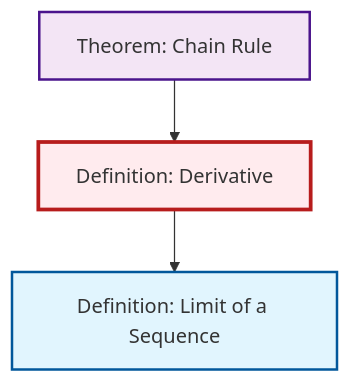
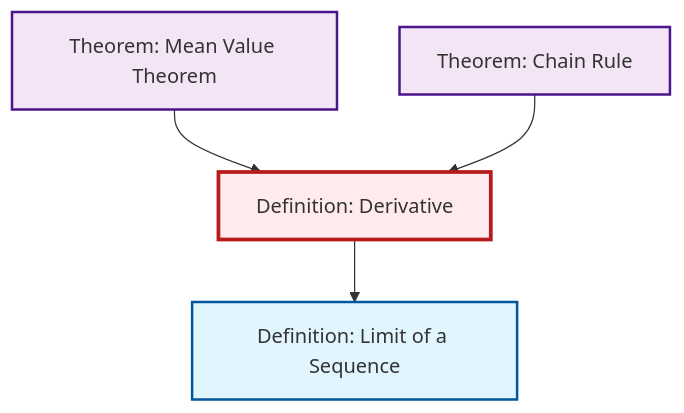
Before and after one commit to RK0429/ModernMath: the second of 2 diagrams in content/en/analysis/def-derivative.qmd, drawn with Mermaid. The commit also changed other lines of this file and 203 other files, not shown here.

````diff
--- a/content/en/analysis/def-derivative.qmd
+++ b/content/en/analysis/def-derivative.qmd
@@ -82,18 +82,17 @@
 ```{mermaid}
 %%| fig-cap: "Local dependency graph"
 graph TD
     classDef definition fill:#e1f5fe,stroke:#01579b,stroke-width:2px
     classDef theorem fill:#f3e5f5,stroke:#4a148c,stroke-width:2px
     classDef axiom fill:#fff3e0,stroke:#e65100,stroke-width:2px
     classDef example fill:#e8f5e9,stroke:#1b5e20,stroke-width:2px
     classDef current fill:#ffebee,stroke:#b71c1c,stroke-width:3px
+    thm-chain-rule["Theorem: Chain Rule"]:::theorem
     def-derivative["Definition: Derivative"]:::definition
+    thm-mean-value["Theorem: Mean Value Theorem"]:::theorem
     def-limit["Definition: Limit of a Sequence"]:::definition
-    thm-chain-rule["Theorem: Chain Rule"]:::theorem
+    def-derivative --> def-limit
+    thm-mean-value --> def-derivative
     thm-chain-rule --> def-derivative
-    def-derivative --> def-limit
     class def-derivative current
-
-    click def-limit "def-limit.html" "Go to Limit of a Sequence definition"
-    click thm-chain-rule "thm-chain-rule.html" "Go to Chain Rule theorem"
 ```
````
